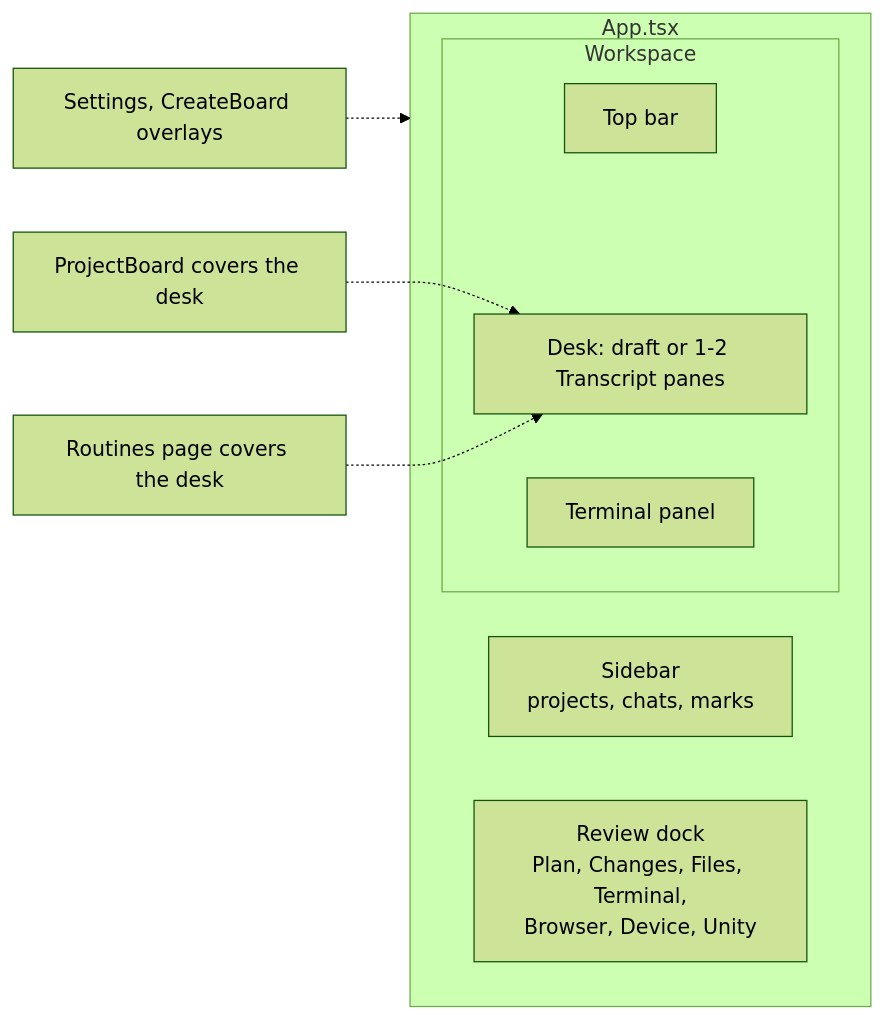
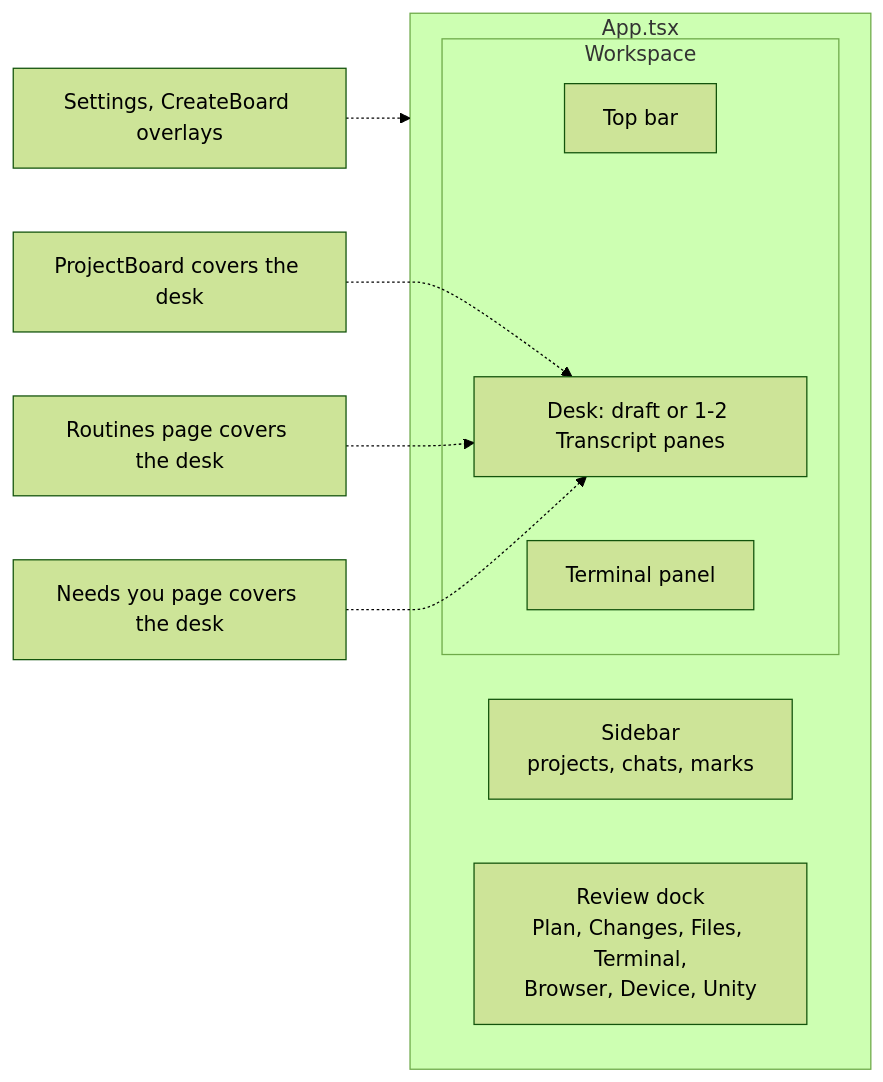
One commit to ThimoEder/x-bench changed the eighth of 16 diagrams in architecture.md. Above: the diagram before and after it, drawn with Mermaid (forest theme). The commit also changed other lines of this file and 56 other files, not shown here.

````diff
--- a/architecture.md
+++ b/architecture.md
@@ -319,15 +320,16 @@
 ```mermaid
 flowchart LR
   subgraph shell [App.tsx]
     Sidebar["Sidebar<br/>projects, chats, marks"]
     subgraph work [Workspace]
       Bar["Top bar"]
       Desk["Desk: draft or 1-2 Transcript panes"]
       Panel["Terminal panel"]
     end
     Dock["Review dock<br/>Plan, Changes, Files, Terminal,<br/>Browser, Device, Unity"]
   end
   Board["ProjectBoard covers the desk"] -.-> Desk
   Routines["Routines page covers the desk"] -.-> Desk
+  Needs["Needs you page covers the desk"] -.-> Desk
   Settings["Settings, CreateBoard overlays"] -.-> shell
 ```
````
